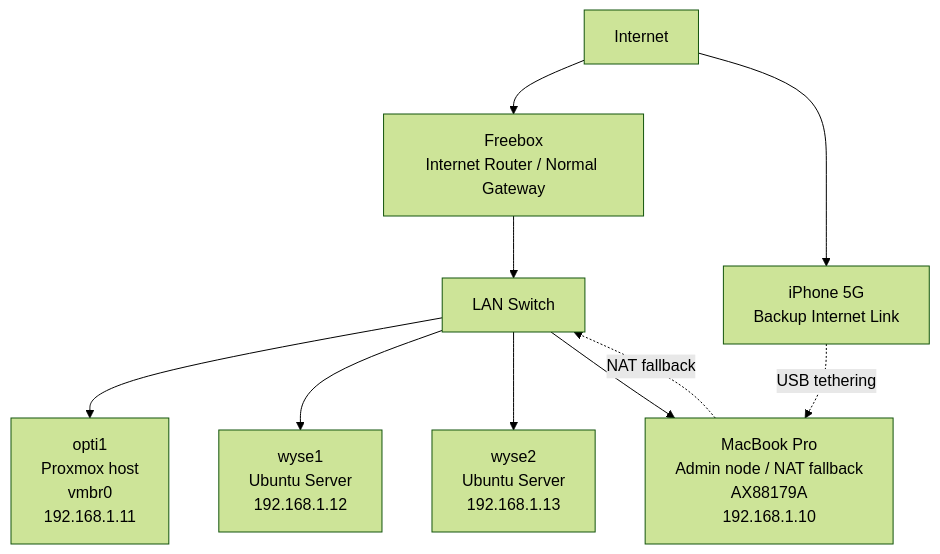
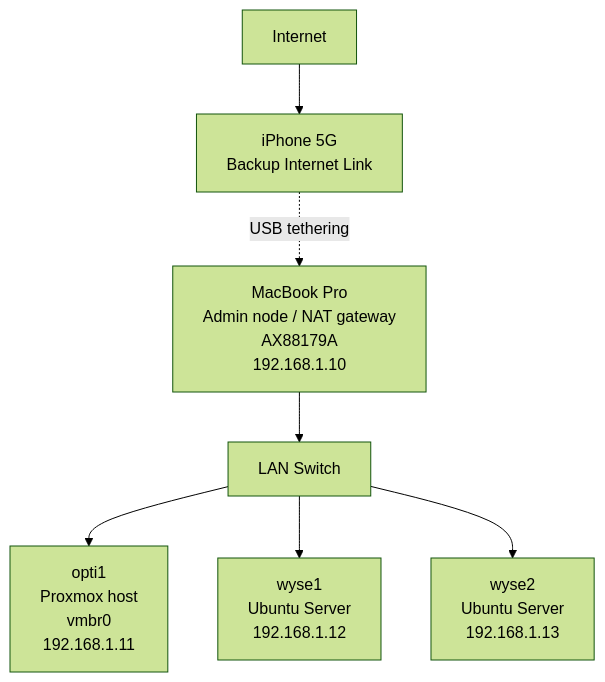
One commit to younesyousfipro/homelab changed the second of 2 diagrams in README.md. Above: the diagram before and after it, drawn with Mermaid (forest theme). The commit also changed other lines of this file, not shown here.

````diff
--- a/README.md
+++ b/README.md
@@ -40,25 +44,19 @@
 ```mermaid
 flowchart TD
     I[Internet]
-    F[Freebox<br/>Internet Router / Normal Gateway]
     P[iPhone 5G<br/>Backup Internet Link]
-
-    M[MacBook Pro<br/>Admin node / NAT fallback<br/>AX88179A<br/>192.168.1.10]
+    M[MacBook Pro<br/>Admin node / NAT gateway<br/>AX88179A<br/>192.168.1.10]
     S[LAN Switch]
 
     O[opti1<br/>Proxmox host<br/>vmbr0<br/>192.168.1.11]
     W1[wyse1<br/>Ubuntu Server<br/>192.168.1.12]
     W2[wyse2<br/>Ubuntu Server<br/>192.168.1.13]
 
-    I --> F
     I --> P
-
-    F --> S
     P -. USB tethering .-> M
-    M -. NAT fallback .-> S
+    M --> S
 
     S --> O
     S --> W1
     S --> W2
-    S --> M
 ```
````
